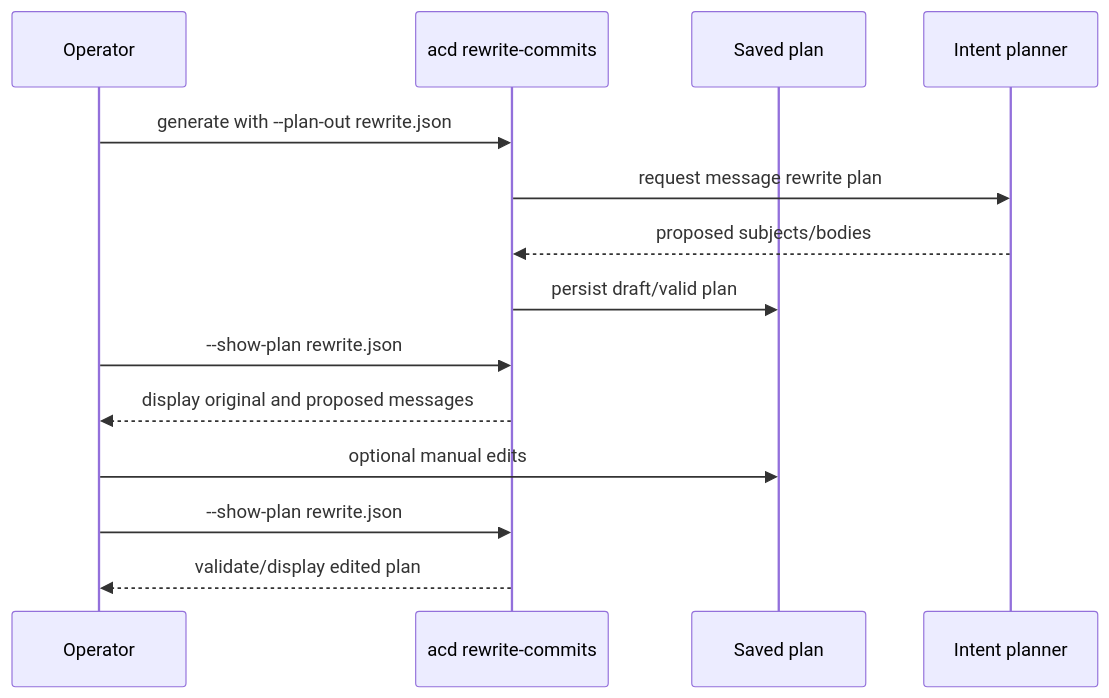
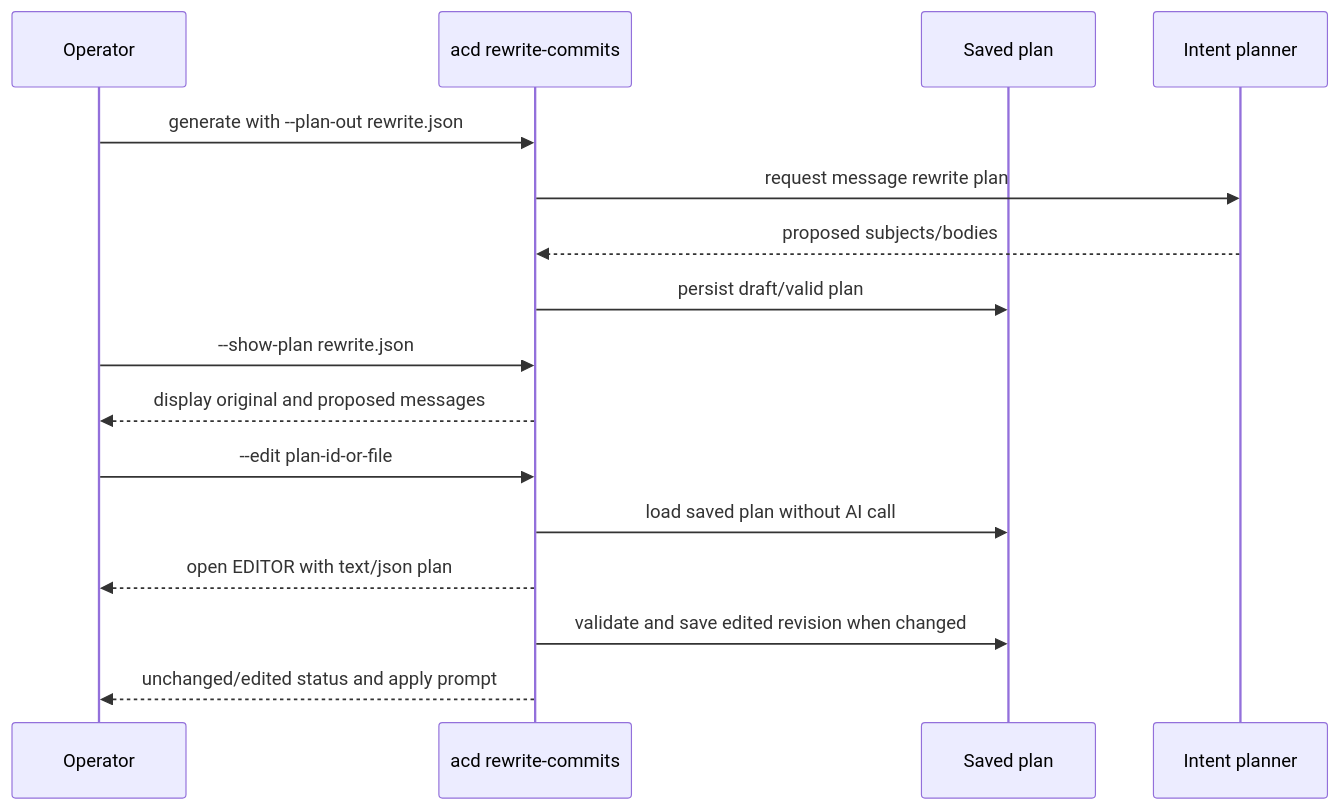
Before and after one commit to KristjanPikhof/Auto-Commit-Daemon: the second of 5 diagrams in docs/intent-commit-rewrite-flow.md, drawn with Mermaid. The commit also changed other lines of this file and 6 other files, not shown here.

First line of the commit message:
Add saved rewrite plan editing

```diff
--- a/docs/intent-commit-rewrite-flow.md
+++ b/docs/intent-commit-rewrite-flow.md
@@ -85,17 +85,19 @@
 ~~~mermaid
 sequenceDiagram
   participant O as Operator
   participant CLI as acd rewrite-commits
   participant Plan as Saved plan
   participant AI as Intent planner
 
   O->>CLI: generate with --plan-out rewrite.json
   CLI->>AI: request message rewrite plan
   AI-->>CLI: proposed subjects/bodies
   CLI->>Plan: persist draft/valid plan
   O->>CLI: --show-plan rewrite.json
   CLI-->>O: display original and proposed messages
-  O->>Plan: optional manual edits
-  O->>CLI: --show-plan rewrite.json
-  CLI-->>O: validate/display edited plan
+  O->>CLI: --edit plan-id-or-file
+  CLI->>Plan: load saved plan without AI call
+  CLI-->>O: open EDITOR with text/json plan
+  CLI->>Plan: validate and save edited revision when changed
+  CLI-->>O: unchanged/edited status and apply prompt
 ~~~
```
